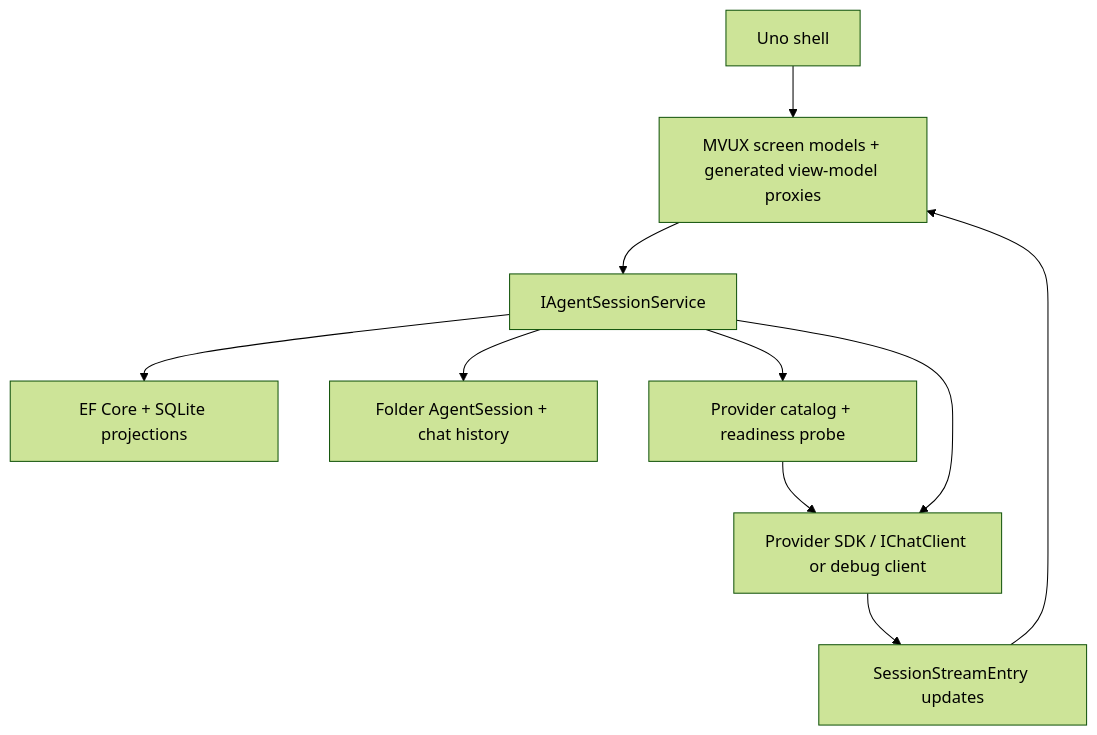
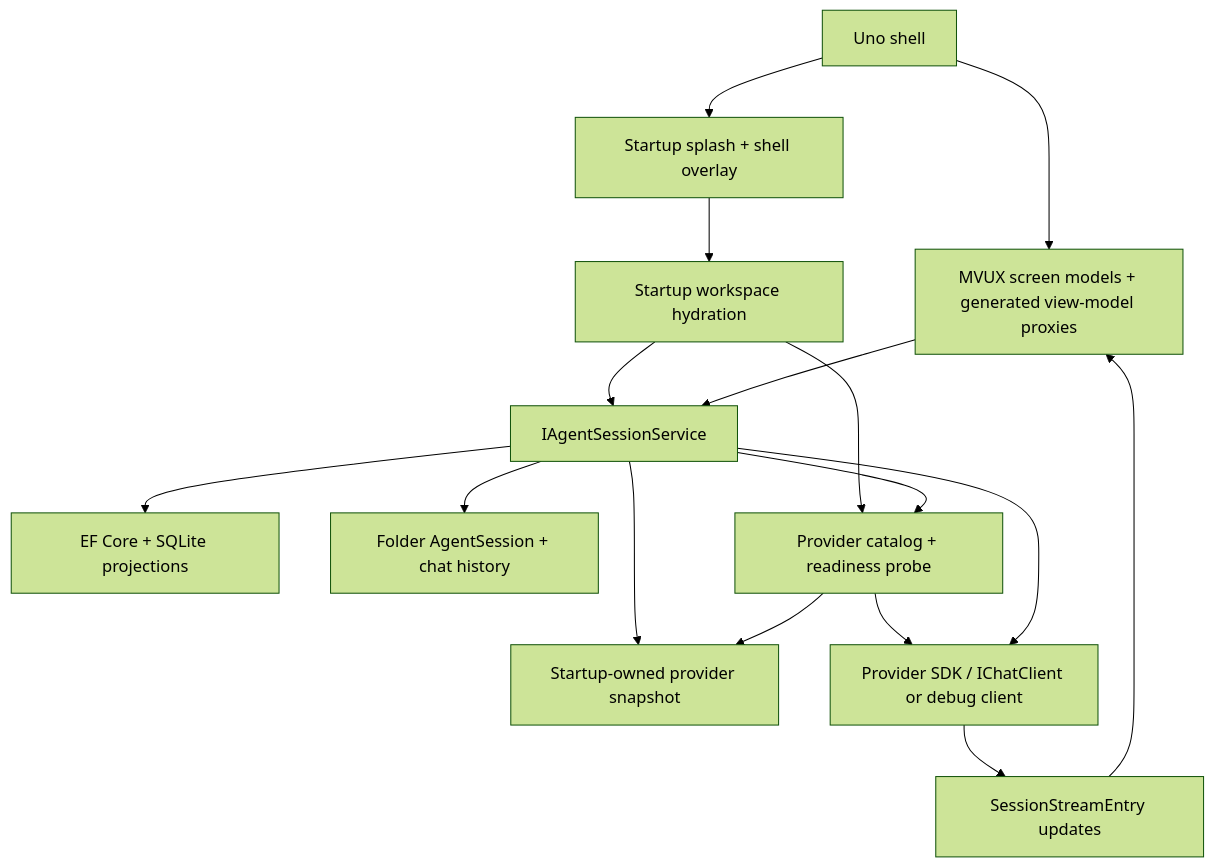
The third of 4 diagrams in docs/Architecture.md (managedcode/dotPilot), drawn with Mermaid (forest theme) before and after one commit. The commit also changed other lines of this file and 37 other files, not shown here.

Commit message:
Fix agent shell startup and chat flows

````diff
--- a/docs/Architecture.md
+++ b/docs/Architecture.md
@@ -70,21 +71,30 @@
 ```mermaid
 flowchart TD
   Ui["Uno shell"]
+  Splash["Startup splash + shell overlay"]
   ViewModels["MVUX screen models + generated view-model proxies"]
   Service["IAgentSessionService"]
+  Hydration["Startup workspace hydration"]
   ProjectionStore["EF Core + SQLite projections"]
   SessionStore["Folder AgentSession + chat history"]
   ProviderCatalog["Provider catalog + readiness probe"]
+  ProviderSnapshot["Startup-owned provider snapshot"]
   ProviderClient["Provider SDK / IChatClient or debug client"]
   Stream["SessionStreamEntry updates"]
 
   Ui --> ViewModels
+  Ui --> Splash
+  Splash --> Hydration
+  Hydration --> Service
+  Hydration --> ProviderCatalog
   ViewModels --> Service
   Service --> ProjectionStore
   Service --> SessionStore
   Service --> ProviderCatalog
+  Service --> ProviderSnapshot
+  ProviderCatalog --> ProviderSnapshot
   ProviderCatalog --> ProviderClient
   Service --> ProviderClient
   ProviderClient --> Stream
   Stream --> ViewModels
 ```
````
